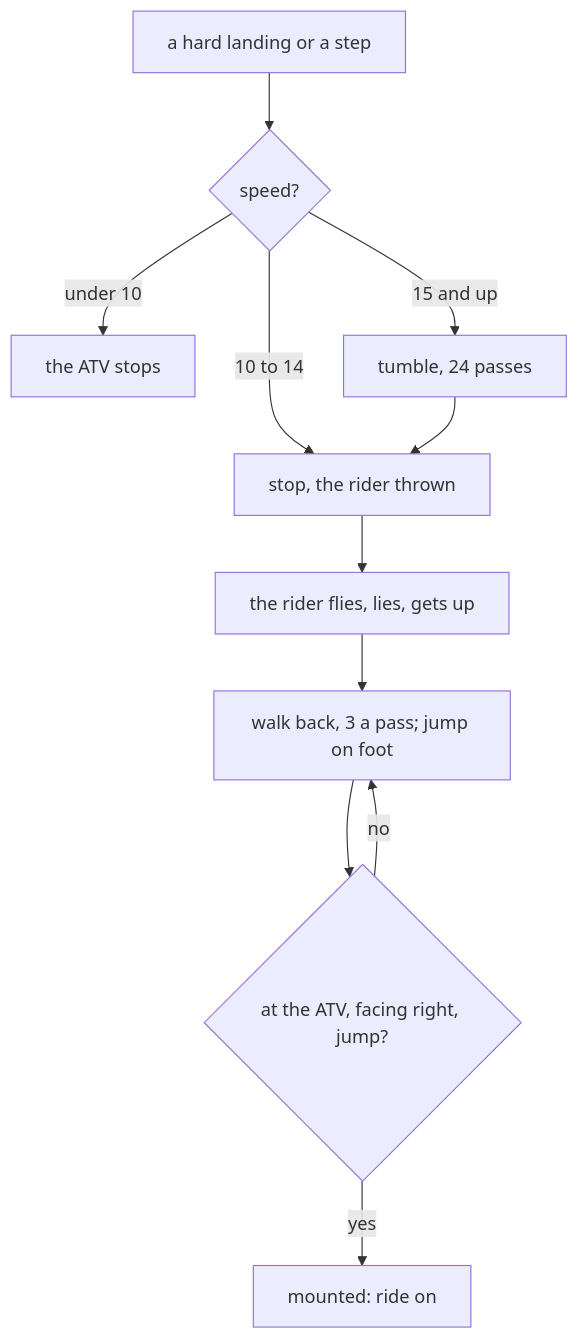
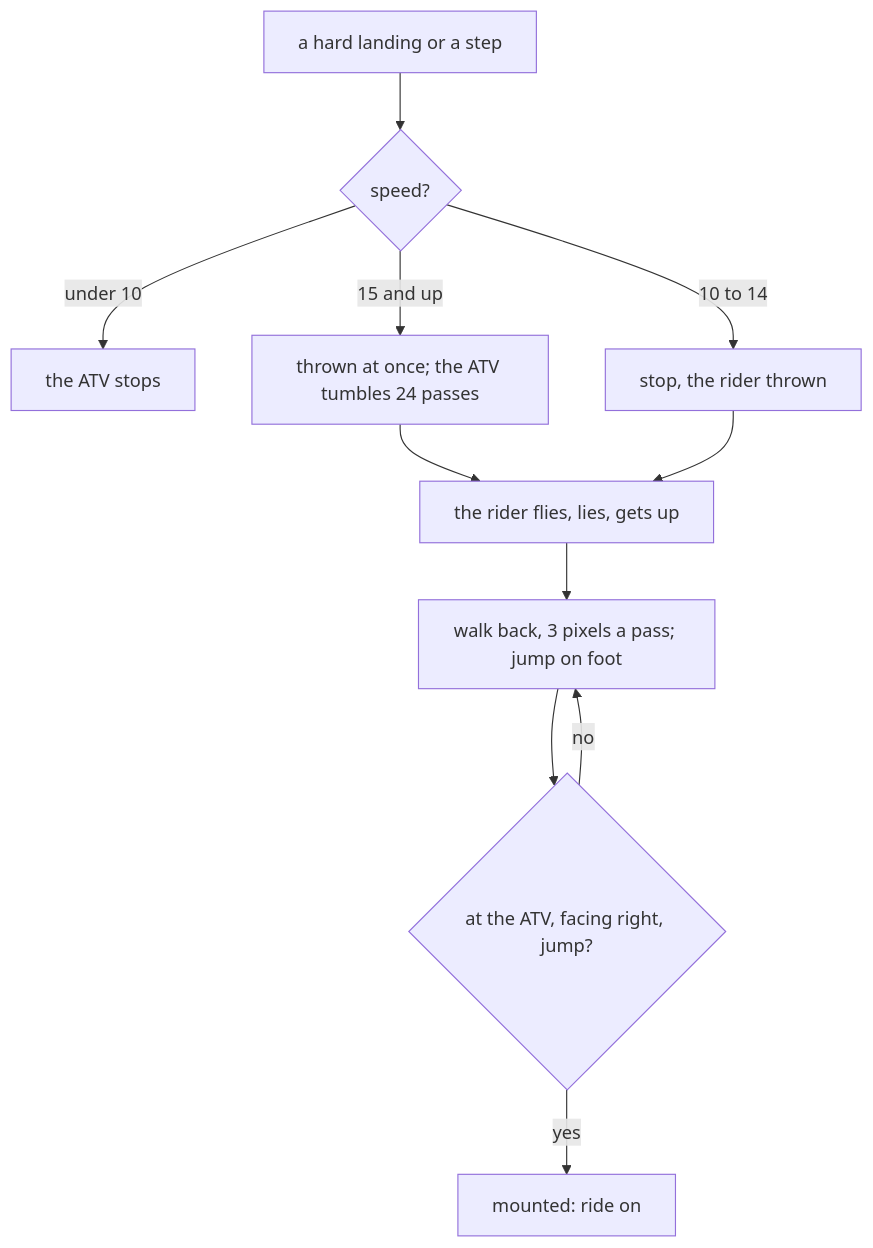
One commit to alfishe/unrealng-reverse-cases changed the fifth of 9 diagrams in games/atv-simulator/docs/01-game-design.md. Above: the diagram before and after it, drawn with Mermaid. The commit also changed other lines of this file and 30 other files, not shown here.

Commit message:
atv-simulator: review round 2 fixes (46 findings; BigRepeat, crash throws at once, interrupts-off section, anim recording)

````diff
--- a/games/atv-simulator/docs/01-game-design.md
+++ b/games/atv-simulator/docs/01-game-design.md
@@ -311,13 +349,13 @@
 ```mermaid
 flowchart TD
     A["a hard landing or a step"] --> B{"speed?"}
     B -- "under 10" --> C["the ATV stops"]
     B -- "10 to 14" --> D["stop, the rider thrown"]
-    B -- "15 and up" --> E["tumble, 24 passes"]
-    E --> D
+    B -- "15 and up" --> E["thrown at once; the ATV tumbles 24 passes"]
+    E --> F
     D --> F["the rider flies, lies, gets up"]
-    F --> G["walk back, 3 a pass; jump on foot"]
+    F --> G["walk back, 3 pixels a pass; jump on foot"]
     G --> H{"at the ATV, facing right, jump?"}
     H -- "no" --> G
     H -- "yes" --> I["mounted: ride on"]
 ```
````
